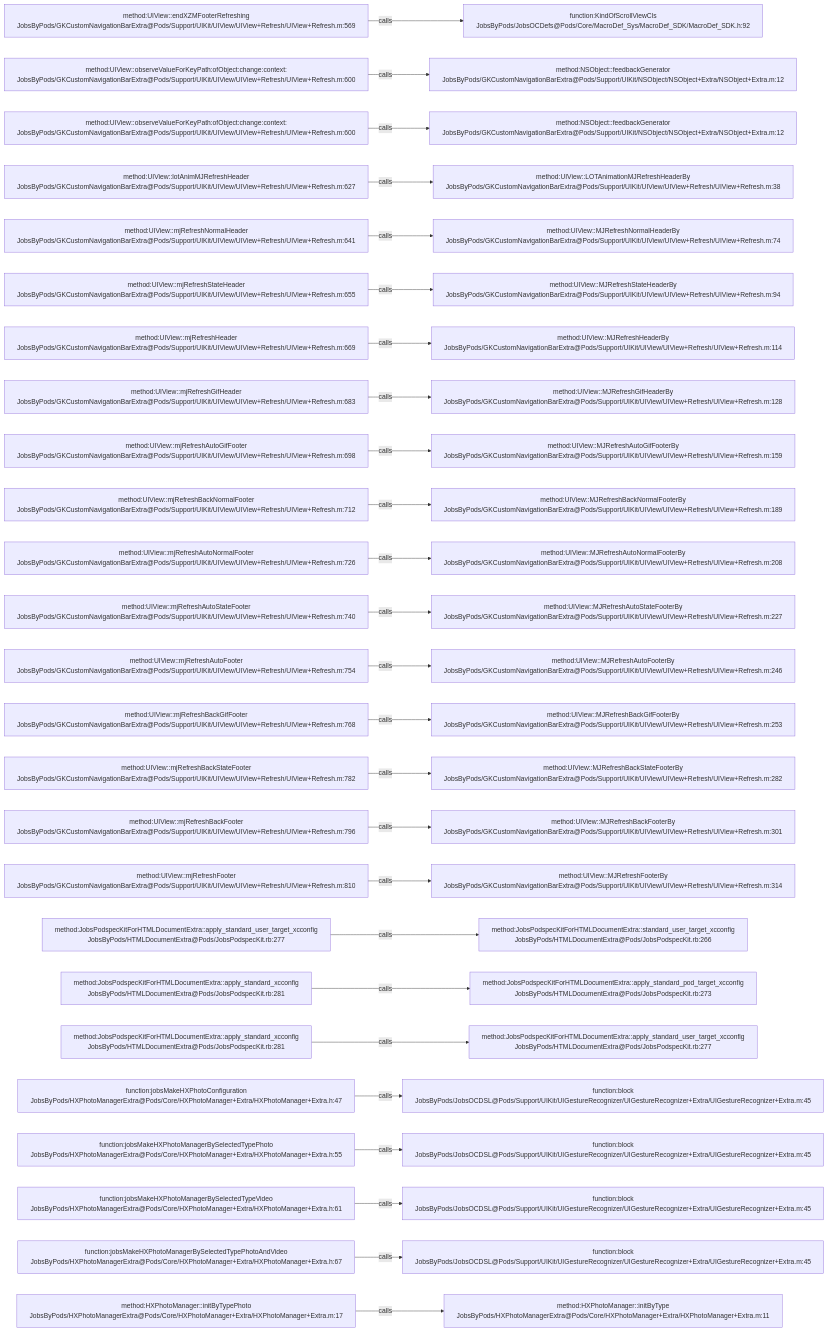
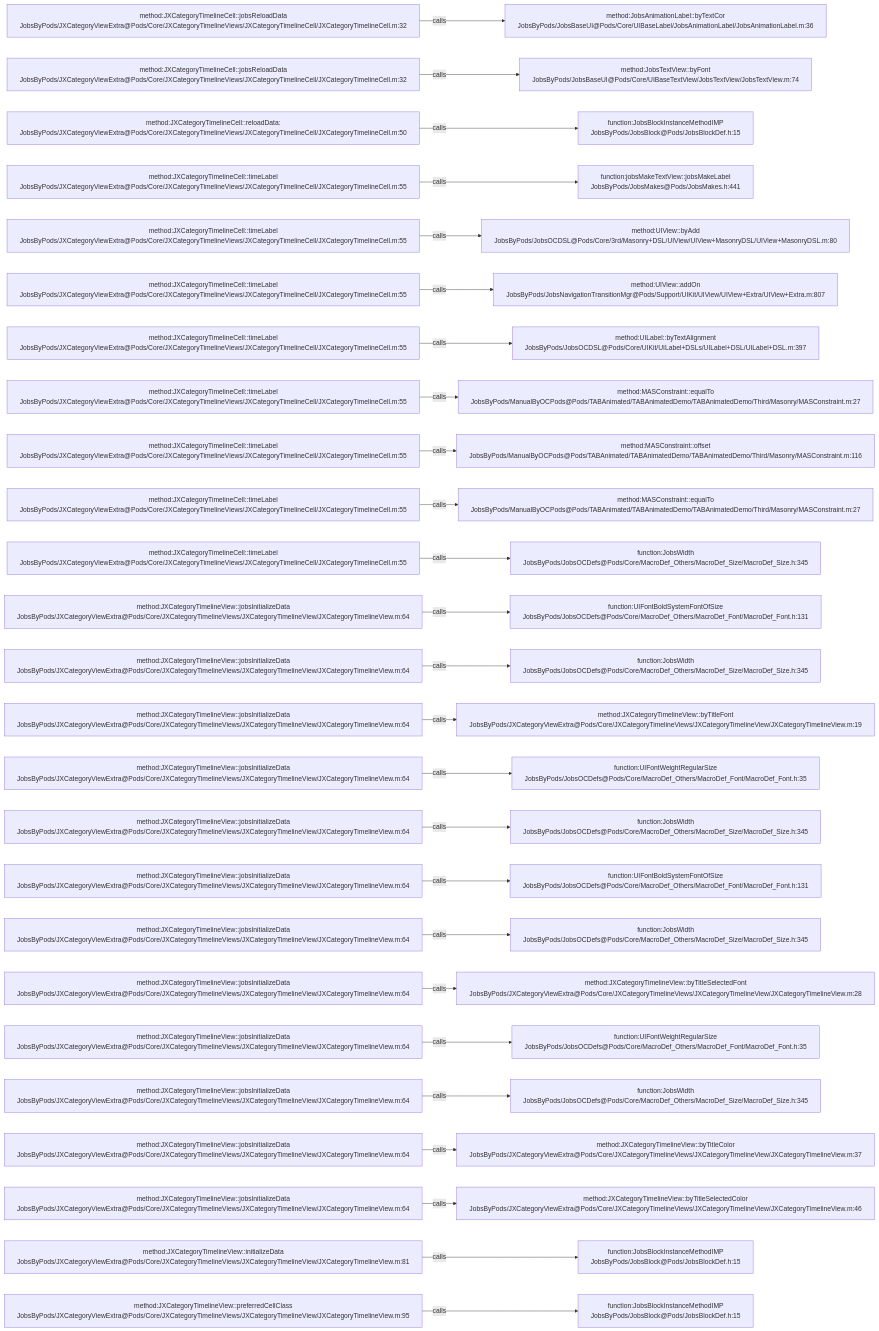
Before and after one commit to JobsKits/JobsOCBaseConfigDemo: the diagram in .codegraph/codegraph.md/graphs/calls-047.md, drawn with Mermaid. The commit also changed 223 other files, not shown here.

````diff
--- a/.codegraph/codegraph.md/graphs/calls-047.md
+++ b/.codegraph/codegraph.md/graphs/calls-047.md
@@ -13,78 +13,78 @@
 ```mermaid
 flowchart LR
-  S1["method:UIView::endXZMFooterRefreshing<br/>JobsByPods/GKCustomNavigationBarExtra@Pods/Support/UIKit/UIView/UIView+Refresh/UIView+Refresh.m:569"]
-  T1["function:KindOfScrollViewCls<br/>JobsByPods/JobsOCDefs@Pods/Core/MacroDef_Sys/MacroDef_SDK/MacroDef_SDK.h:92"]
+  S1["method:JXCategoryTimelineCell::jobsReloadData<br/>JobsByPods/JXCategoryViewExtra@Pods/Core/JXCategoryTimelineViews/JXCategoryTimelineCell/JXCategoryTimelineCell.m:32"]
+  T1["method:JobsAnimationLabel::byTextCor<br/>JobsByPods/JobsBaseUI@Pods/Core/UIBaseLabel/JobsAnimationLabel/JobsAnimationLabel.m:36"]
   S1 -->|calls| T1
-  S2["method:UIView::observeValueForKeyPath:ofObject:change:context:<br/>JobsByPods/GKCustomNavigationBarExtra@Pods/Support/UIKit/UIView/UIView+Refresh/UIView+Refresh.m:600"]
-  T2["method:NSObject::feedbackGenerator<br/>JobsByPods/GKCustomNavigationBarExtra@Pods/Support/UIKit/NSObject/NSObject+Extra/NSObject+Extra.m:12"]
+  S2["method:JXCategoryTimelineCell::jobsReloadData<br/>JobsByPods/JXCategoryViewExtra@Pods/Core/JXCategoryTimelineViews/JXCategoryTimelineCell/JXCategoryTimelineCell.m:32"]
+  T2["method:JobsTextView::byFont<br/>JobsByPods/JobsBaseUI@Pods/Core/UIBaseTextView/JobsTextView/JobsTextView.m:74"]
   S2 -->|calls| T2
-  S3["method:UIView::observeValueForKeyPath:ofObject:change:context:<br/>JobsByPods/GKCustomNavigationBarExtra@Pods/Support/UIKit/UIView/UIView+Refresh/UIView+Refresh.m:600"]
-  T3["method:NSObject::feedbackGenerator<br/>JobsByPods/GKCustomNavigationBarExtra@Pods/Support/UIKit/NSObject/NSObject+Extra/NSObject+Extra.m:12"]
+  S3["method:JXCategoryTimelineCell::reloadData:<br/>JobsByPods/JXCategoryViewExtra@Pods/Core/JXCategoryTimelineViews/JXCategoryTimelineCell/JXCategoryTimelineCell.m:50"]
+  T3["function:JobsBlockInstanceMethodIMP<br/>JobsByPods/JobsBlock@Pods/JobsBlockDef.h:15"]
   S3 -->|calls| T3
-  S4["method:UIView::lotAnimMJRefreshHeader<br/>JobsByPods/GKCustomNavigationBarExtra@Pods/Support/UIKit/UIView/UIView+Refresh/UIView+Refresh.m:627"]
-  T4["method:UIView::LOTAnimationMJRefreshHeaderBy<br/>JobsByPods/GKCustomNavigationBarExtra@Pods/Support/UIKit/UIView/UIView+Refresh/UIView+Refresh.m:38"]
+  S4["method:JXCategoryTimelineCell::timeLabel<br/>JobsByPods/JXCategoryViewExtra@Pods/Core/JXCategoryTimelineViews/JXCategoryTimelineCell/JXCategoryTimelineCell.m:55"]
+  T4["function:jobsMakeTextView::jobsMakeLabel<br/>JobsByPods/JobsMakes@Pods/JobsMakes.h:441"]
   S4 -->|calls| T4
-  S5["method:UIView::mjRefreshNormalHeader<br/>JobsByPods/GKCustomNavigationBarExtra@Pods/Support/UIKit/UIView/UIView+Refresh/UIView+Refresh.m:641"]
-  T5["method:UIView::MJRefreshNormalHeaderBy<br/>JobsByPods/GKCustomNavigationBarExtra@Pods/Support/UIKit/UIView/UIView+Refresh/UIView+Refresh.m:74"]
+  S5["method:JXCategoryTimelineCell::timeLabel<br/>JobsByPods/JXCategoryViewExtra@Pods/Core/JXCategoryTimelineViews/JXCategoryTimelineCell/JXCategoryTimelineCell.m:55"]
+  T5["method:UIView::byAdd<br/>JobsByPods/JobsOCDSL@Pods/Core/3rd/Masonry+DSL/UIView/UIView+MasonryDSL/UIView+MasonryDSL.m:80"]
   S5 -->|calls| T5
-  S6["method:UIView::mjRefreshStateHeader<br/>JobsByPods/GKCustomNavigationBarExtra@Pods/Support/UIKit/UIView/UIView+Refresh/UIView+Refresh.m:655"]
-  T6["method:UIView::MJRefreshStateHeaderBy<br/>JobsByPods/GKCustomNavigationBarExtra@Pods/Support/UIKit/UIView/UIView+Refresh/UIView+Refresh.m:94"]
+  S6["method:JXCategoryTimelineCell::timeLabel<br/>JobsByPods/JXCategoryViewExtra@Pods/Core/JXCategoryTimelineViews/JXCategoryTimelineCell/JXCategoryTimelineCell.m:55"]
+  T6["method:UIView::addOn<br/>JobsByPods/JobsNavigationTransitionMgr@Pods/Support/UIKit/UIView/UIView+Extra/UIView+Extra.m:807"]
   S6 -->|calls| T6
-  S7["method:UIView::mjRefreshHeader<br/>JobsByPods/GKCustomNavigationBarExtra@Pods/Support/UIKit/UIView/UIView+Refresh/UIView+Refresh.m:669"]
-  T7["method:UIView::MJRefreshHeaderBy<br/>JobsByPods/GKCustomNavigationBarExtra@Pods/Support/UIKit/UIView/UIView+Refresh/UIView+Refresh.m:114"]
+  S7["method:JXCategoryTimelineCell::timeLabel<br/>JobsByPods/JXCategoryViewExtra@Pods/Core/JXCategoryTimelineViews/JXCategoryTimelineCell/JXCategoryTimelineCell.m:55"]
+  T7["method:UILabel::byTextAlignment<br/>JobsByPods/JobsOCDSL@Pods/Core/UIKit/UILabel+DSLs/UILabel+DSL/UILabel+DSL.m:397"]
   S7 -->|calls| T7
-  S8["method:UIView::mjRefreshGifHeader<br/>JobsByPods/GKCustomNavigationBarExtra@Pods/Support/UIKit/UIView/UIView+Refresh/UIView+Refresh.m:683"]
-  T8["method:UIView::MJRefreshGifHeaderBy<br/>JobsByPods/GKCustomNavigationBarExtra@Pods/Support/UIKit/UIView/UIView+Refresh/UIView+Refresh.m:128"]
+  S8["method:JXCategoryTimelineCell::timeLabel<br/>JobsByPods/JXCategoryViewExtra@Pods/Core/JXCategoryTimelineViews/JXCategoryTimelineCell/JXCategoryTimelineCell.m:55"]
+  T8["method:MASConstraint::equalTo<br/>JobsByPods/ManualByOCPods@Pods/TABAnimated/TABAnimatedDemo/TABAnimatedDemo/Third/Masonry/MASConstraint.m:27"]
   S8 -->|calls| T8
-  S9["method:UIView::mjRefreshAutoGifFooter<br/>JobsByPods/GKCustomNavigationBarExtra@Pods/Support/UIKit/UIView/UIView+Refresh/UIView+Refresh.m:698"]
-  T9["method:UIView::MJRefreshAutoGifFooterBy<br/>JobsByPods/GKCustomNavigationBarExtra@Pods/Support/UIKit/UIView/UIView+Refresh/UIView+Refresh.m:159"]
+  S9["method:JXCategoryTimelineCell::timeLabel<br/>JobsByPods/JXCategoryViewExtra@Pods/Core/JXCategoryTimelineViews/JXCategoryTimelineCell/JXCategoryTimelineCell.m:55"]
+  T9["method:MASConstraint::offset<br/>JobsByPods/ManualByOCPods@Pods/TABAnimated/TABAnimatedDemo/TABAnimatedDemo/Third/Masonry/MASConstraint.m:116"]
   S9 -->|calls| T9
-  S10["method:UIView::mjRefreshBackNormalFooter<br/>JobsByPods/GKCustomNavigationBarExtra@Pods/Support/UIKit/UIView/UIView+Refresh/UIView+Refresh.m:712"]
-  T10["method:UIView::MJRefreshBackNormalFooterBy<br/>JobsByPods/GKCustomNavigationBarExtra@Pods/Support/UIKit/UIView/UIView+Refresh/UIView+Refresh.m:189"]
+  S10["method:JXCategoryTimelineCell::timeLabel<br/>JobsByPods/JXCategoryViewExtra@Pods/Core/JXCategoryTimelineViews/JXCategoryTimelineCell/JXCategoryTimelineCell.m:55"]
+  T10["method:MASConstraint::equalTo<br/>JobsByPods/ManualByOCPods@Pods/TABAnimated/TABAnimatedDemo/TABAnimatedDemo/Third/Masonry/MASConstraint.m:27"]
   S10 -->|calls| T10
-  S11["method:UIView::mjRefreshAutoNormalFooter<br/>JobsByPods/GKCustomNavigationBarExtra@Pods/Support/UIKit/UIView/UIView+Refresh/UIView+Refresh.m:726"]
-  T11["method:UIView::MJRefreshAutoNormalFooterBy<br/>JobsByPods/GKCustomNavigationBarExtra@Pods/Support/UIKit/UIView/UIView+Refresh/UIView+Refresh.m:208"]
+  S11["method:JXCategoryTimelineCell::timeLabel<br/>JobsByPods/JXCategoryViewExtra@Pods/Core/JXCategoryTimelineViews/JXCategoryTimelineCell/JXCategoryTimelineCell.m:55"]
+  T11["function:JobsWidth<br/>JobsByPods/JobsOCDefs@Pods/Core/MacroDef_Others/MacroDef_Size/MacroDef_Size.h:345"]
   S11 -->|calls| T11
-  S12["method:UIView::mjRefreshAutoStateFooter<br/>JobsByPods/GKCustomNavigationBarExtra@Pods/Support/UIKit/UIView/UIView+Refresh/UIView+Refresh.m:740"]
-  T12["method:UIView::MJRefreshAutoStateFooterBy<br/>JobsByPods/GKCustomNavigationBarExtra@Pods/Support/UIKit/UIView/UIView+Refresh/UIView+Refresh.m:227"]
+  S12["method:JXCategoryTimelineView::jobsInitializeData<br/>JobsByPods/JXCategoryViewExtra@Pods/Core/JXCategoryTimelineViews/JXCategoryTimelineView/JXCategoryTimelineView.m:64"]
+  T12["function:UIFontBoldSystemFontOfSize<br/>JobsByPods/JobsOCDefs@Pods/Core/MacroDef_Others/MacroDef_Font/MacroDef_Font.h:131"]
   S12 -->|calls| T12
-  S13["method:UIView::mjRefreshAutoFooter<br/>JobsByPods/GKCustomNavigationBarExtra@Pods/Support/UIKit/UIView/UIView+Refresh/UIView+Refresh.m:754"]
-  T13["method:UIView::MJRefreshAutoFooterBy<br/>JobsByPods/GKCustomNavigationBarExtra@Pods/Support/UIKit/UIView/UIView+Refresh/UIView+Refresh.m:246"]
+  S13["method:JXCategoryTimelineView::jobsInitializeData<br/>JobsByPods/JXCategoryViewExtra@Pods/Core/JXCategoryTimelineViews/JXCategoryTimelineView/JXCategoryTimelineView.m:64"]
+  T13["function:JobsWidth<br/>JobsByPods/JobsOCDefs@Pods/Core/MacroDef_Others/MacroDef_Size/MacroDef_Size.h:345"]
   S13 -->|calls| T13
-  S14["method:UIView::mjRefreshBackGifFooter<br/>JobsByPods/GKCustomNavigationBarExtra@Pods/Support/UIKit/UIView/UIView+Refresh/UIView+Refresh.m:768"]
-  T14["method:UIView::MJRefreshBackGifFooterBy<br/>JobsByPods/GKCustomNavigationBarExtra@Pods/Support/UIKit/UIView/UIView+Refresh/UIView+Refresh.m:253"]
+  S14["method:JXCategoryTimelineView::jobsInitializeData<br/>JobsByPods/JXCategoryViewExtra@Pods/Core/JXCategoryTimelineViews/JXCategoryTimelineView/JXCategoryTimelineView.m:64"]
+  T14["method:JXCategoryTimelineView::byTitleFont<br/>JobsByPods/JXCategoryViewExtra@Pods/Core/JXCategoryTimelineViews/JXCategoryTimelineView/JXCategoryTimelineView.m:19"]
   S14 -->|calls| T14
-  S15["method:UIView::mjRefreshBackStateFooter<br/>JobsByPods/GKCustomNavigationBarExtra@Pods/Support/UIKit/UIView/UIView+Refresh/UIView+Refresh.m:782"]
-  T15["method:UIView::MJRefreshBackStateFooterBy<br/>JobsByPods/GKCustomNavigationBarExtra@Pods/Support/UIKit/UIView/UIView+Refresh/UIView+Refresh.m:282"]
+  S15["method:JXCategoryTimelineView::jobsInitializeData<br/>JobsByPods/JXCategoryViewExtra@Pods/Core/JXCategoryTimelineViews/JXCategoryTimelineView/JXCategoryTimelineView.m:64"]
+  T15["function:UIFontWeightRegularSize<br/>JobsByPods/JobsOCDefs@Pods/Core/MacroDef_Others/MacroDef_Font/MacroDef_Font.h:35"]
   S15 -->|calls| T15
-  S16["method:UIView::mjRefreshBackFooter<br/>JobsByPods/GKCustomNavigationBarExtra@Pods/Support/UIKit/UIView/UIView+Refresh/UIView+Refresh.m:796"]
-  T16["method:UIView::MJRefreshBackFooterBy<br/>JobsByPods/GKCustomNavigationBarExtra@Pods/Support/UIKit/UIView/UIView+Refresh/UIView+Refresh.m:301"]
+  S16["method:JXCategoryTimelineView::jobsInitializeData<br/>JobsByPods/JXCategoryViewExtra@Pods/Core/JXCategoryTimelineViews/JXCategoryTimelineView/JXCategoryTimelineView.m:64"]
+  T16["function:JobsWidth<br/>JobsByPods/JobsOCDefs@Pods/Core/MacroDef_Others/MacroDef_Size/MacroDef_Size.h:345"]
   S16 -->|calls| T16
-  S17["method:UIView::mjRefreshFooter<br/>JobsByPods/GKCustomNavigationBarExtra@Pods/Support/UIKit/UIView/UIView+Refresh/UIView+Refresh.m:810"]
-  T17["method:UIView::MJRefreshFooterBy<br/>JobsByPods/GKCustomNavigationBarExtra@Pods/Support/UIKit/UIView/UIView+Refresh/UIView+Refresh.m:314"]
+  S17["method:JXCategoryTimelineView::jobsInitializeData<br/>JobsByPods/JXCategoryViewExtra@Pods/Core/JXCategoryTimelineViews/JXCategoryTimelineView/JXCategoryTimelineView.m:64"]
+  T17["function:UIFontBoldSystemFontOfSize<br/>JobsByPods/JobsOCDefs@Pods/Core/MacroDef_Others/MacroDef_Font/MacroDef_Font.h:131"]
   S17 -->|calls| T17
-  S18["method:JobsPodspecKitForHTMLDocumentExtra::apply_standard_user_target_xcconfig<br/>JobsByPods/HTMLDocumentExtra@Pods/JobsPodspecKit.rb:277"]
-  T18["method:JobsPodspecKitForHTMLDocumentExtra::standard_user_target_xcconfig<br/>JobsByPods/HTMLDocumentExtra@Pods/JobsPodspecKit.rb:266"]
+  S18["method:JXCategoryTimelineView::jobsInitializeData<br/>JobsByPods/JXCategoryViewExtra@Pods/Core/JXCategoryTimelineViews/JXCategoryTimelineView/JXCategoryTimelineView.m:64"]
+  T18["function:JobsWidth<br/>JobsByPods/JobsOCDefs@Pods/Core/MacroDef_Others/MacroDef_Size/MacroDef_Size.h:345"]
   S18 -->|calls| T18
-  S19["method:JobsPodspecKitForHTMLDocumentExtra::apply_standard_xcconfig<br/>JobsByPods/HTMLDocumentExtra@Pods/JobsPodspecKit.rb:281"]
-  T19["method:JobsPodspecKitForHTMLDocumentExtra::apply_standard_pod_target_xcconfig<br/>JobsByPods/HTMLDocumentExtra@Pods/JobsPodspecKit.rb:273"]
+  S19["method:JXCategoryTimelineView::jobsInitializeData<br/>JobsByPods/JXCategoryViewExtra@Pods/Core/JXCategoryTimelineViews/JXCategoryTimelineView/JXCategoryTimelineView.m:64"]
+  T19["method:JXCategoryTimelineView::byTitleSelectedFont<br/>JobsByPods/JXCategoryViewExtra@Pods/Core/JXCategoryTimelineViews/JXCategoryTimelineView/JXCategoryTimelineView.m:28"]
   S19 -->|calls| T19
-  S20["method:JobsPodspecKitForHTMLDocumentExtra::apply_standard_xcconfig<br/>JobsByPods/HTMLDocumentExtra@Pods/JobsPodspecKit.rb:281"]
-  T20["method:JobsPodspecKitForHTMLDocumentExtra::apply_standard_user_target_xcconfig<br/>JobsByPods/HTMLDocumentExtra@Pods/JobsPodspecKit.rb:277"]
+  S20["method:JXCategoryTimelineView::jobsInitializeData<br/>JobsByPods/JXCategoryViewExtra@Pods/Core/JXCategoryTimelineViews/JXCategoryTimelineView/JXCategoryTimelineView.m:64"]
+  T20["function:UIFontWeightRegularSize<br/>JobsByPods/JobsOCDefs@Pods/Core/MacroDef_Others/MacroDef_Font/MacroDef_Font.h:35"]
   S20 -->|calls| T20
-  S21["function:jobsMakeHXPhotoConfiguration<br/>JobsByPods/HXPhotoManagerExtra@Pods/Core/HXPhotoManager+Extra/HXPhotoManager+Extra.h:47"]
-  T21["function:block<br/>JobsByPods/JobsOCDSL@Pods/Support/UIKit/UIGestureRecognizer/UIGestureRecognizer+Extra/UIGestureRecognizer+Extra.m:45"]
+  S21["method:JXCategoryTimelineView::jobsInitializeData<br/>JobsByPods/JXCategoryViewExtra@Pods/Core/JXCategoryTimelineViews/JXCategoryTimelineView/JXCategoryTimelineView.m:64"]
+  T21["function:JobsWidth<br/>JobsByPods/JobsOCDefs@Pods/Core/MacroDef_Others/MacroDef_Size/MacroDef_Size.h:345"]
   S21 -->|calls| T21
-  S22["function:jobsMakeHXPhotoManagerBySelectedTypePhoto<br/>JobsByPods/HXPhotoManagerExtra@Pods/Core/HXPhotoManager+Extra/HXPhotoManager+Extra.h:55"]
-  T22["function:block<br/>JobsByPods/JobsOCDSL@Pods/Support/UIKit/UIGestureRecognizer/UIGestureRecognizer+Extra/UIGestureRecognizer+Extra.m:45"]
+  S22["method:JXCategoryTimelineView::jobsInitializeData<br/>JobsByPods/JXCategoryViewExtra@Pods/Core/JXCategoryTimelineViews/JXCategoryTimelineView/JXCategoryTimelineView.m:64"]
+  T22["method:JXCategoryTimelineView::byTitleColor<br/>JobsByPods/JXCategoryViewExtra@Pods/Core/JXCategoryTimelineViews/JXCategoryTimelineView/JXCategoryTimelineView.m:37"]
   S22 -->|calls| T22
-  S23["function:jobsMakeHXPhotoManagerBySelectedTypeVideo<br/>JobsByPods/HXPhotoManagerExtra@Pods/Core/HXPhotoManager+Extra/HXPhotoManager+Extra.h:61"]
-  T23["function:block<br/>JobsByPods/JobsOCDSL@Pods/Support/UIKit/UIGestureRecognizer/UIGestureRecognizer+Extra/UIGestureRecognizer+Extra.m:45"]
+  S23["method:JXCategoryTimelineView::jobsInitializeData<br/>JobsByPods/JXCategoryViewExtra@Pods/Core/JXCategoryTimelineViews/JXCategoryTimelineView/JXCategoryTimelineView.m:64"]
+  T23["method:JXCategoryTimelineView::byTitleSelectedColor<br/>JobsByPods/JXCategoryViewExtra@Pods/Core/JXCategoryTimelineViews/JXCategoryTimelineView/JXCategoryTimelineView.m:46"]
   S23 -->|calls| T23
-  S24["function:jobsMakeHXPhotoManagerBySelectedTypePhotoAndVideo<br/>JobsByPods/HXPhotoManagerExtra@Pods/Core/HXPhotoManager+Extra/HXPhotoManager+Extra.h:67"]
-  T24["function:block<br/>JobsByPods/JobsOCDSL@Pods/Support/UIKit/UIGestureRecognizer/UIGestureRecognizer+Extra/UIGestureRecognizer+Extra.m:45"]
+  S24["method:JXCategoryTimelineView::initializeData<br/>JobsByPods/JXCategoryViewExtra@Pods/Core/JXCategoryTimelineViews/JXCategoryTimelineView/JXCategoryTimelineView.m:81"]
+  T24["function:JobsBlockInstanceMethodIMP<br/>JobsByPods/JobsBlock@Pods/JobsBlockDef.h:15"]
   S24 -->|calls| T24
-  S25["method:HXPhotoManager::initByTypePhoto<br/>JobsByPods/HXPhotoManagerExtra@Pods/Core/HXPhotoManager+Extra/HXPhotoManager+Extra.m:17"]
-  T25["method:HXPhotoManager::initByType<br/>JobsByPods/HXPhotoManagerExtra@Pods/Core/HXPhotoManager+Extra/HXPhotoManager+Extra.m:11"]
+  S25["method:JXCategoryTimelineView::preferredCellClass<br/>JobsByPods/JXCategoryViewExtra@Pods/Core/JXCategoryTimelineViews/JXCategoryTimelineView/JXCategoryTimelineView.m:95"]
+  T25["function:JobsBlockInstanceMethodIMP<br/>JobsByPods/JobsBlock@Pods/JobsBlockDef.h:15"]
   S25 -->|calls| T25
 ```
````
